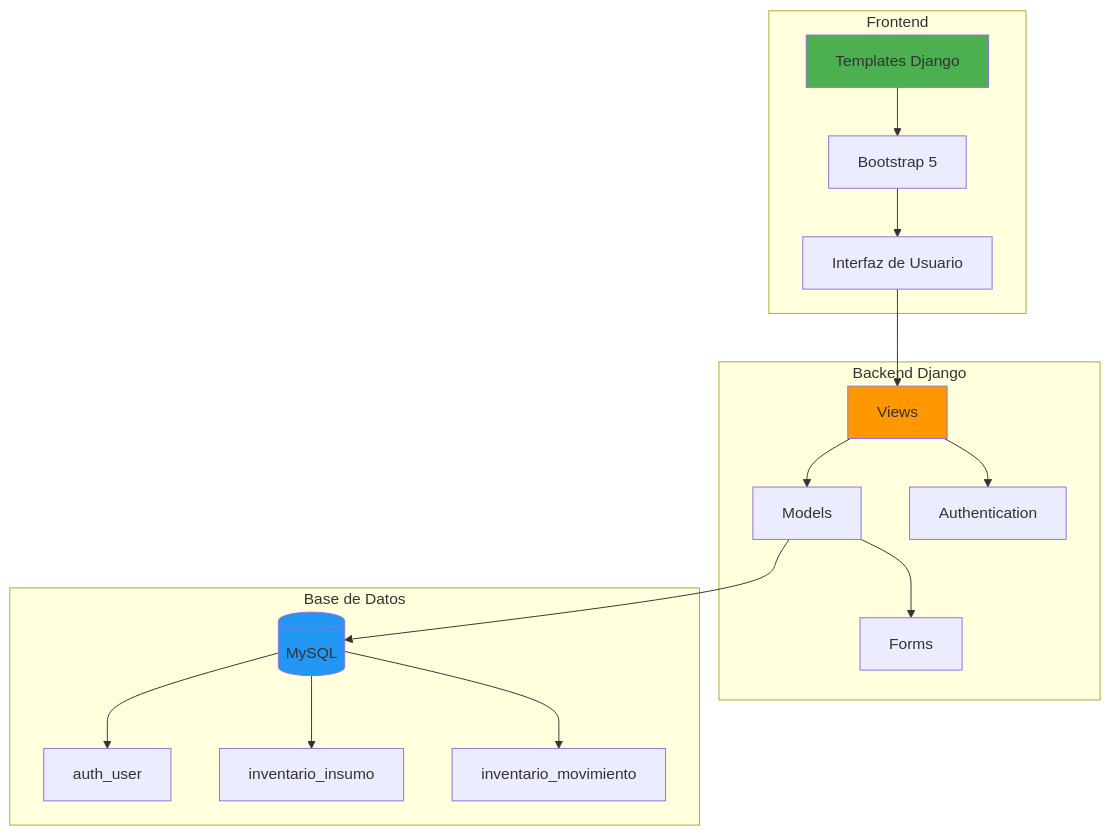
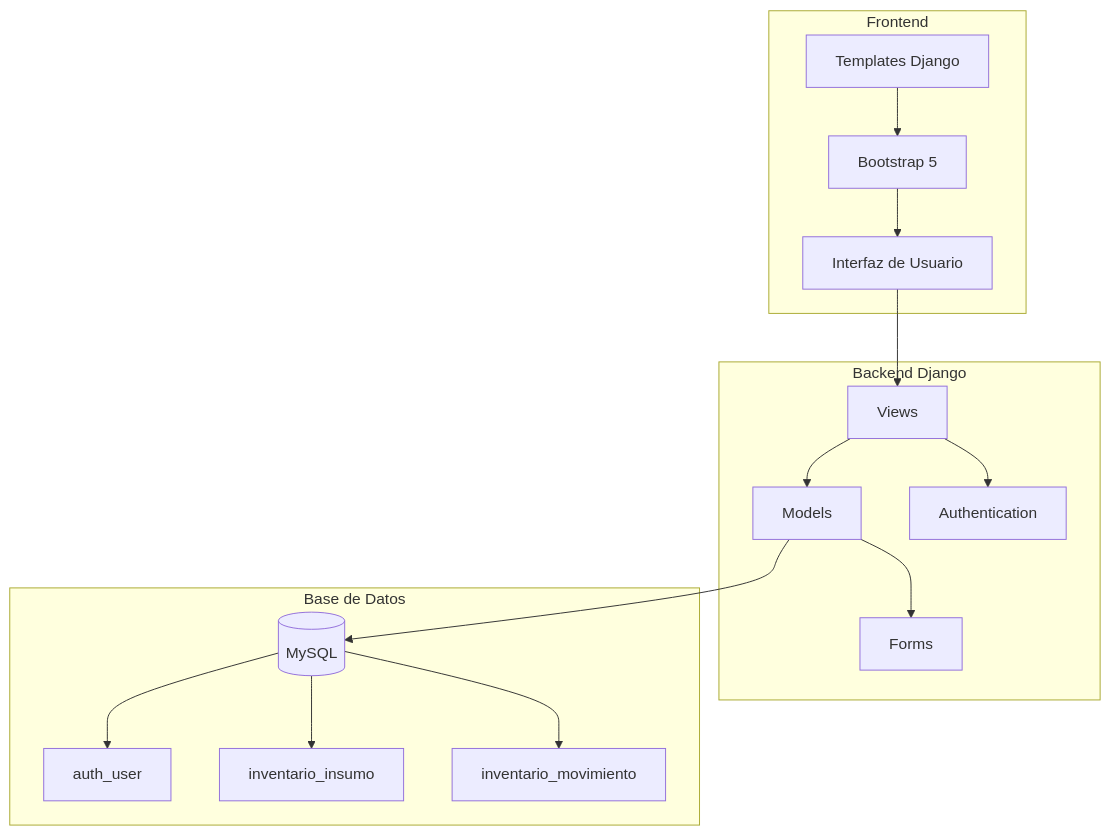
One commit to ColDev-Colivoro/ev3backend changed the diagram in README.md. Above: the diagram before and after it, drawn with Mermaid. The commit also changed other lines of this file, not shown here.

````diff
--- a/README.md
+++ b/README.md
@@ -116,27 +116,24 @@
 ```mermaid
 graph TB
     subgraph "Frontend"
         A[Templates Django] --> B[Bootstrap 5]
         B --> C[Interfaz de Usuario]
     end
     
     subgraph "Backend Django"
         D[Views] --> E[Models]
         E --> F[Forms]
         D --> G[Authentication]
     end
     
     subgraph "Base de Datos"
         H[(MySQL)]
         H --> I[auth_user]
         H --> J[inventario_insumo]
         H --> K[inventario_movimiento]
     end
     
     C --> D
     E --> H
     
-    style A fill:#4CAF50
-    style H fill:#2196F3
-    style D fill:#FF9800
 ```
````
